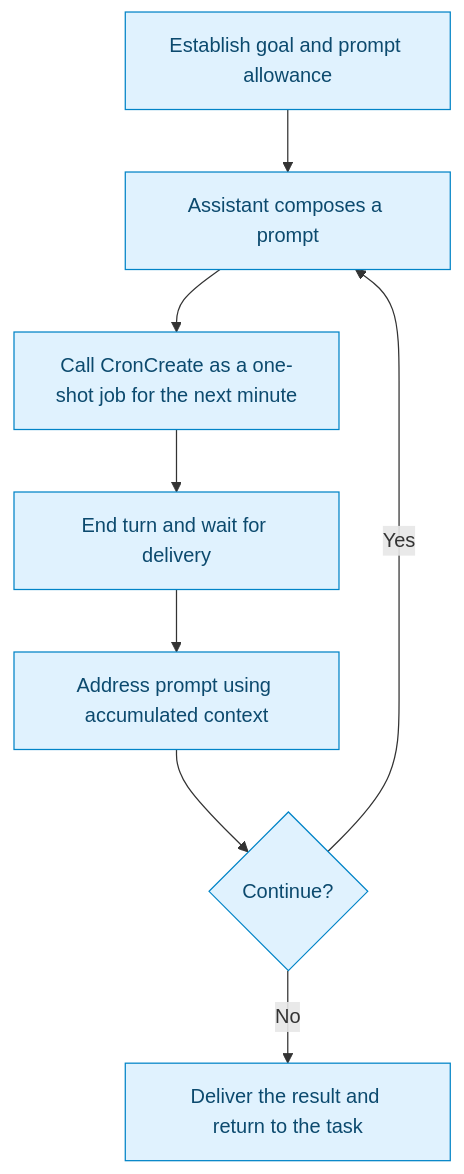
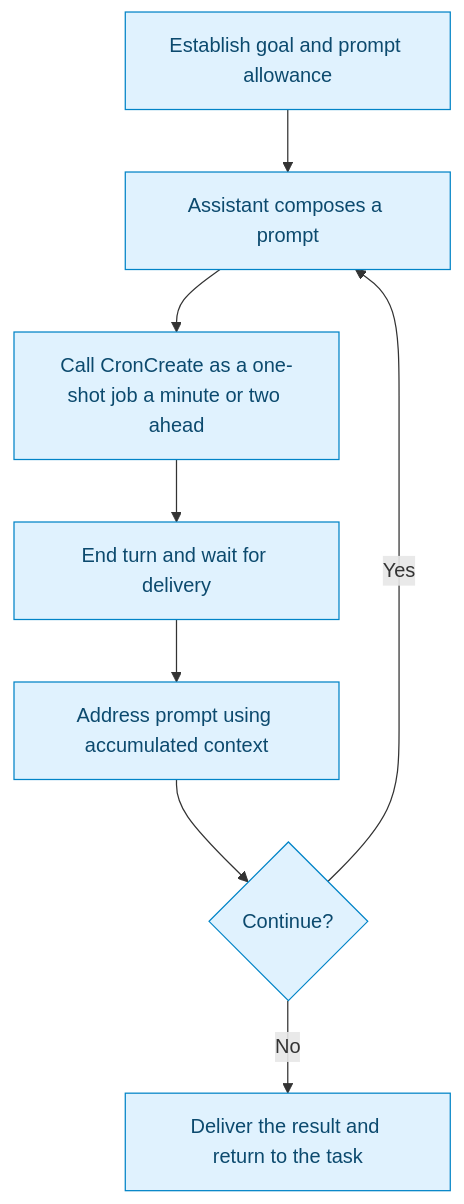
Before and after one commit to adamjpatterson/meta-prompting: the diagram in docs/claude.md, drawn with Mermaid. The commit also changed other lines of this file and 3 other files, not shown here.

````diff
--- a/docs/claude.md
+++ b/docs/claude.md
@@ -72,11 +72,11 @@
 ```mermaid
 flowchart TD
     A[Establish goal and prompt allowance] --> B[Assistant composes a prompt]
-    B --> C[Call CronCreate as a one-shot job for the next minute]
+    B --> C[Call CronCreate as a one-shot job a minute or two ahead]
     C --> D[End turn and wait for delivery]
     D --> E[Address prompt using accumulated context]
     E --> F{Continue?}
     F -->|Yes| B
     F -->|No| G[Deliver the result and return to the task]
     classDef default fill:#e0f2fe,stroke:#0284c7,color:#0c4a6e;
 ```
````
